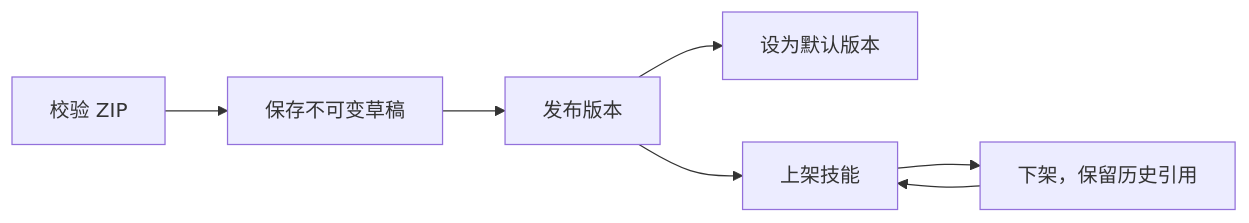
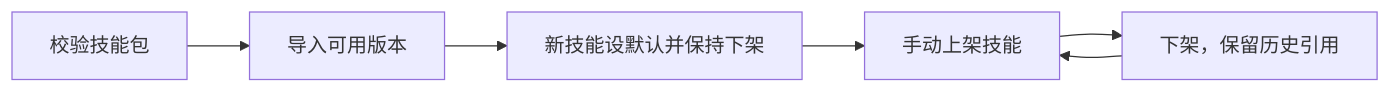
Before and after one commit to superduck-ai/open-managed-agents: the diagram in docs/design/be/system-skills-administration.md, drawn with Mermaid. The commit also changed other lines of this file and 58 other files, not shown here.

````diff
--- a/docs/design/be/system-skills-administration.md
+++ b/docs/design/be/system-skills-administration.md
@@ -50,9 +53,8 @@
 ```mermaid
 flowchart LR
-  ZIP[校验 ZIP] --> Draft[保存不可变草稿]
-  Draft --> Published[发布版本]
-  Published --> Default[设为默认版本]
-  Published --> Listed[上架技能]
+  ZIP[校验技能包] --> Published[导入可用版本]
+  Published --> Default[新技能设默认并保持下架]
+  Default --> Listed[手动上架技能]
   Listed --> Unlisted[下架，保留历史引用]
   Unlisted --> Listed
 ```
````
